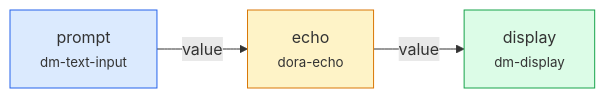
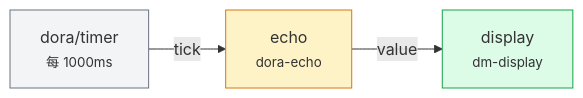
The second of 3 diagrams in wiki/zh/02-quickstart.md (l1veIn/dora-manager), drawn with Mermaid before and after one commit. The commit also changed other lines of this file and 99 other files, not shown here.

````diff
--- a/wiki/zh/02-quickstart.md
+++ b/wiki/zh/02-quickstart.md
@@ -233,9 +143,9 @@
 ```mermaid
 flowchart LR
-    A["prompt<br/><small>dm-text-input</small>"] -->|"value"| B["echo<br/><small>dora-echo</small>"]
-    B -->|"value"| C["display<br/><small>dm-display</small>"]
-    
-    style A fill:#dbeafe,stroke:#2563eb
-    style B fill:#fef3c7,stroke:#d97706
-    style C fill:#dcfce7,stroke:#16a34a
+    T["dora/timer<br/><small>每 1000ms</small>"] -->|"tick"| E["echo<br/><small>dora-echo</small>"]
+    E -->|"value"| D["display<br/><small>dm-display</small>"]
+
+    style T fill:#f3f4f6,stroke:#6b7280
+    style E fill:#fef3c7,stroke:#d97706
+    style D fill:#dcfce7,stroke:#16a34a
 ```
````
